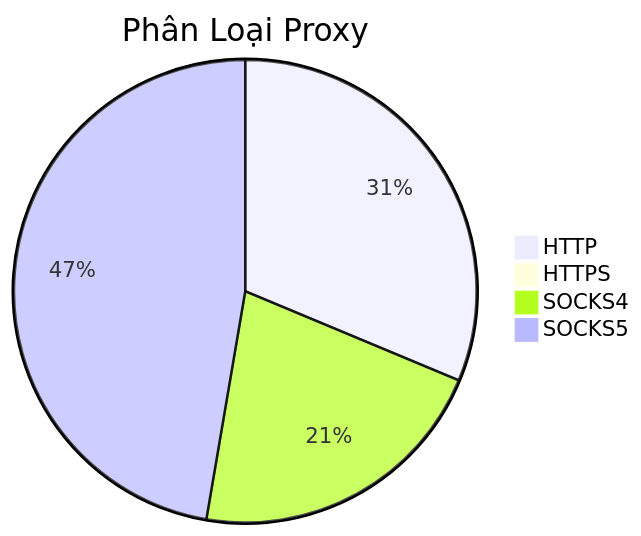
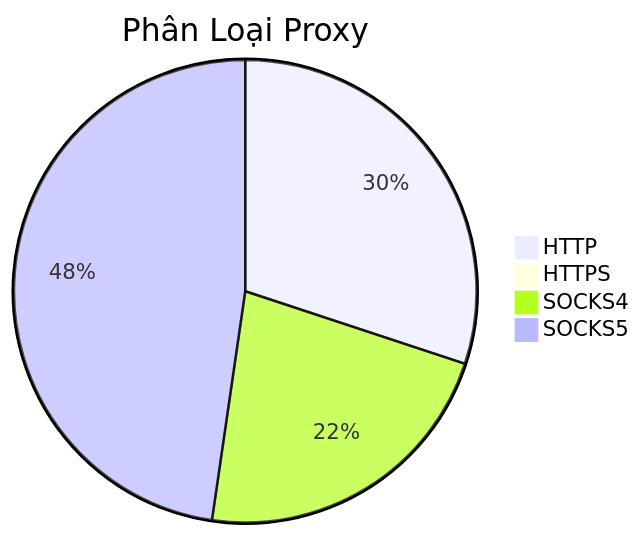
One commit to Ciara-Aa/PROXY-free changed the diagram in README.md. Above: the diagram before and after it, drawn with Mermaid. The commit also changed other lines of this file and 4 other files, not shown here.

````diff
--- a/README.md
+++ b/README.md
@@ -26,7 +26,7 @@
 ```mermaid
 pie title Phân Loại Proxy
-    "HTTP" : 541
-    "HTTPS" : 6
-    "SOCKS4" : 370
-    "SOCKS5" : 818
+    "HTTP" : 464
+    "HTTPS" : 3
+    "SOCKS4" : 343
+    "SOCKS5" : 736
 ```
````
